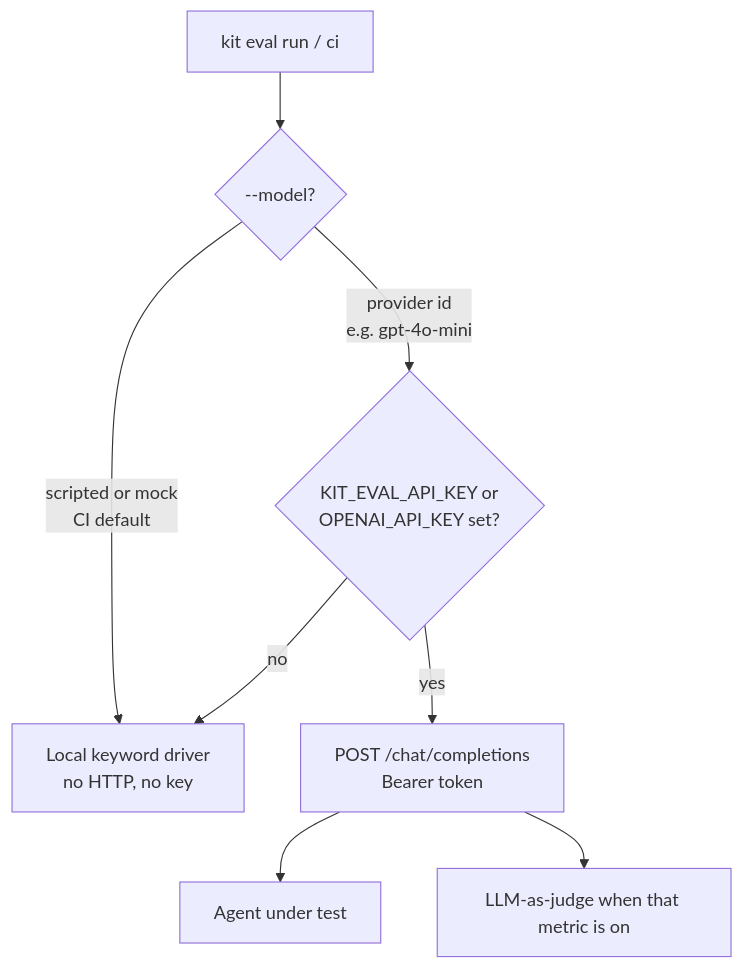
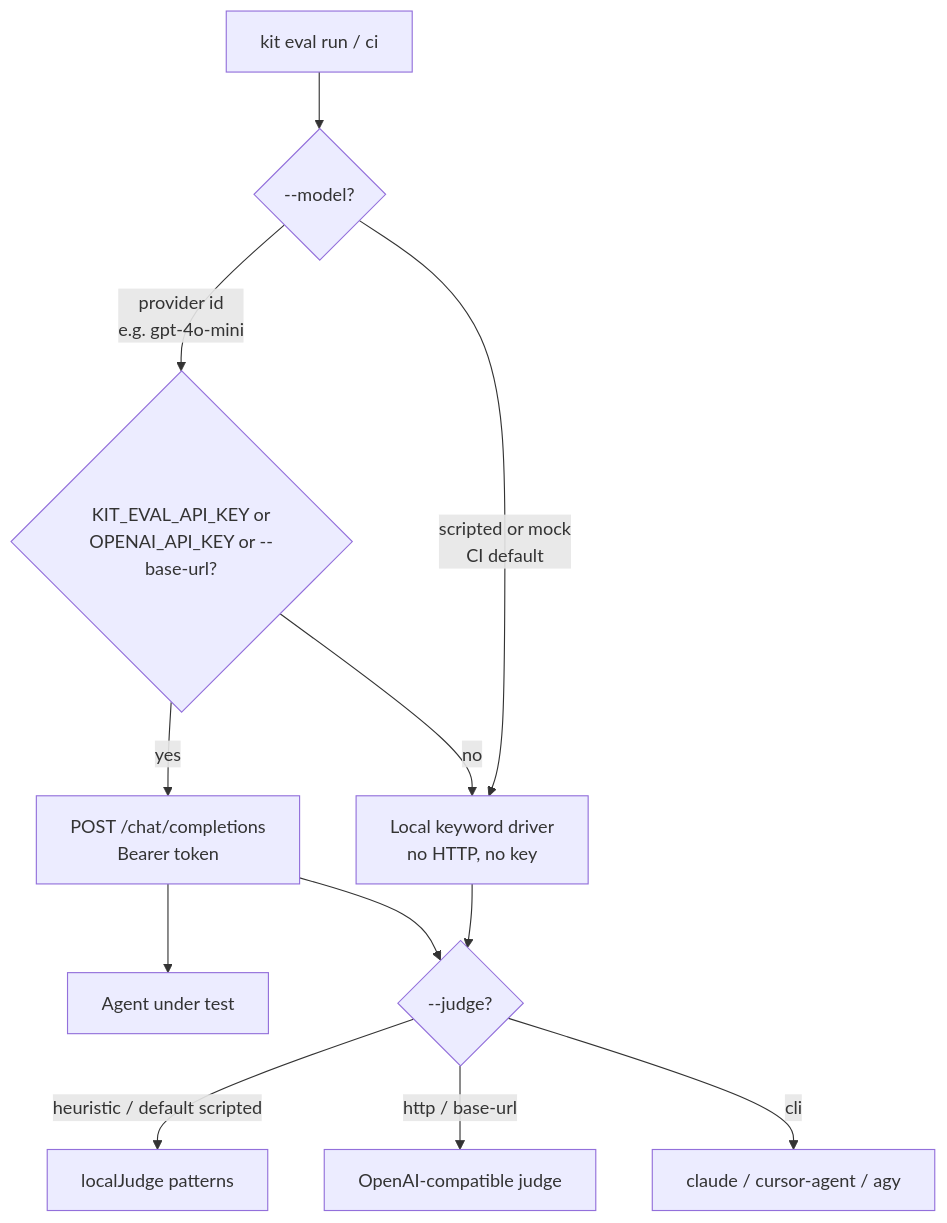
One commit to mzworthington/agent-lifecycle-kit changed the second of 2 diagrams in docs/edd.md. Above: the diagram before and after it, drawn with Mermaid. The commit also changed other lines of this file and 9 other files, not shown here.

First line of the commit message:
feat(edd): add http/cli/heuristic judge completion backends

````diff
--- a/docs/edd.md
+++ b/docs/edd.md
@@ -56,10 +56,14 @@
 ```mermaid
 flowchart TD
   start["kit eval run / ci"] --> model{"--model?"}
   model -->|"scripted or mock<br/>CI default"| scripted["Local keyword driver<br/>no HTTP, no key"]
-  model -->|"provider id<br/>e.g. gpt-4o-mini"| key{"KIT_EVAL_API_KEY or<br/>OPENAI_API_KEY set?"}
+  model -->|"provider id<br/>e.g. gpt-4o-mini"| key{"KIT_EVAL_API_KEY or<br/>OPENAI_API_KEY or --base-url?"}
   key -->|no| scripted
   key -->|yes| live["POST /chat/completions<br/>Bearer token"]
   live --> agent["Agent under test"]
-  live --> judge["LLM-as-judge when that metric is on"]
+  scripted --> judgePick{"--judge?"}
+  live --> judgePick
+  judgePick -->|heuristic / default scripted| heur["localJudge patterns"]
+  judgePick -->|http / base-url| httpJ["OpenAI-compatible judge"]
+  judgePick -->|cli| cliJ["claude / cursor-agent / agy"]
 ```
````
